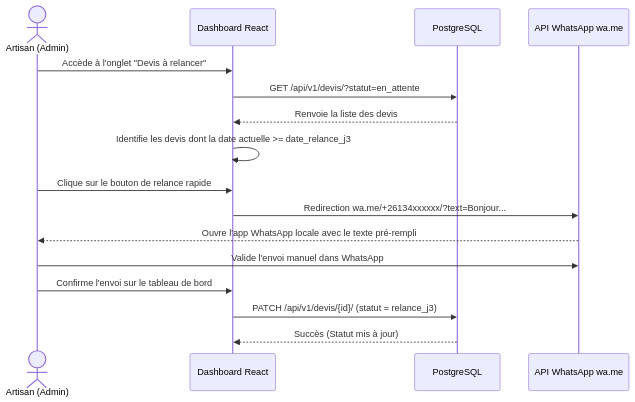
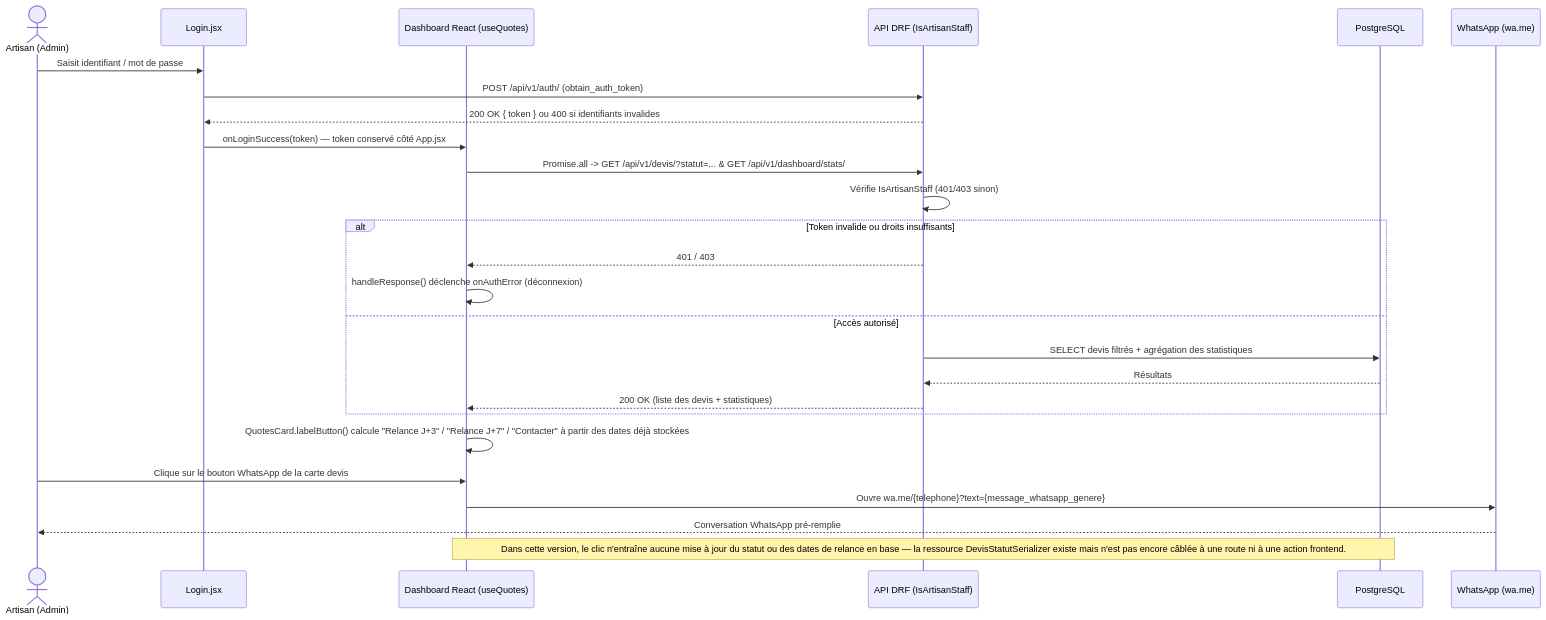
One commit to Crypoune/holberton_portfolio_project changed the fourth of 5 diagrams in README.md. Above: the diagram before and after it, drawn with Mermaid. The commit also changed other lines of this file, not shown here.

````diff
--- a/README.md
+++ b/README.md
@@ -215,19 +226,31 @@
 ```mermaid
 sequenceDiagram
     actor Artisan as Artisan (Admin)
-    participant Dash as Dashboard React
+    participant Login as Login.jsx
+    participant Dash as Dashboard React (useQuotes)
+    participant API as API DRF (IsArtisanStaff)
     participant DB as PostgreSQL
-    participant WA as API WhatsApp wa.me
+    participant WA as WhatsApp (wa.me)
 
-    Artisan->>Dash: Accède à l'onglet "Devis à relancer"
-    Dash->>DB: GET /api/v1/devis/?statut=en_attente
-    DB-->>Dash: Renvoie la liste des devis
-    Dash->>Dash: Identifie les devis dont la date actuelle >= date_relance_j3
-    Artisan->>Dash: Clique sur le bouton de relance rapide
-    Dash->>WA: Redirection wa.me/+26134xxxxxx/?text=Bonjour...
-    WA-->>Artisan: Ouvre l'app WhatsApp locale avec le texte pré-rempli
-    Artisan->>WA: Valide l'envoi manuel dans WhatsApp
-    Artisan->>Dash: Confirme l'envoi sur le tableau de bord
-    Dash->>DB: PATCH /api/v1/devis/{id}/ (statut = relance_j3)
-    DB-->>Dash: Succès (Statut mis à jour)
+    Artisan->>Login: Saisit identifiant / mot de passe
+    Login->>API: POST /api/v1/auth/ (obtain_auth_token)
+    API-->>Login: 200 OK { token } ou 400 si identifiants invalides
+    Login->>Dash: onLoginSuccess(token) — token conservé côté App.jsx
+
+    Dash->>API: Promise.all -> GET /api/v1/devis/?statut=... & GET /api/v1/dashboard/stats/
+    API->>API: Vérifie IsArtisanStaff (401/403 sinon)
+    alt Token invalide ou droits insuffisants
+        API-->>Dash: 401 / 403
+        Dash->>Dash: handleResponse() déclenche onAuthError (déconnexion)
+    else Accès autorisé
+        API->>DB: SELECT devis filtrés + agrégation des statistiques
+        DB-->>API: Résultats
+        API-->>Dash: 200 OK (liste des devis + statistiques)
+    end
+
+    Dash->>Dash: QuotesCard.labelButton() calcule "Relance J+3" / "Relance J+7" / "Contacter" à partir des dates déjà stockées
+    Artisan->>Dash: Clique sur le bouton WhatsApp de la carte devis
+    Dash->>WA: Ouvre wa.me/{telephone}?text={message_whatsapp_genere}
+    WA-->>Artisan: Conversation WhatsApp pré-remplie
+    Note over Dash,DB: Dans cette version, le clic n'entraîne aucune mise à jour du statut ou des dates de relance en base — la ressource DevisStatutSerializer existe mais n'est pas encore câblée à une route ni à une action frontend.
 ```
````
